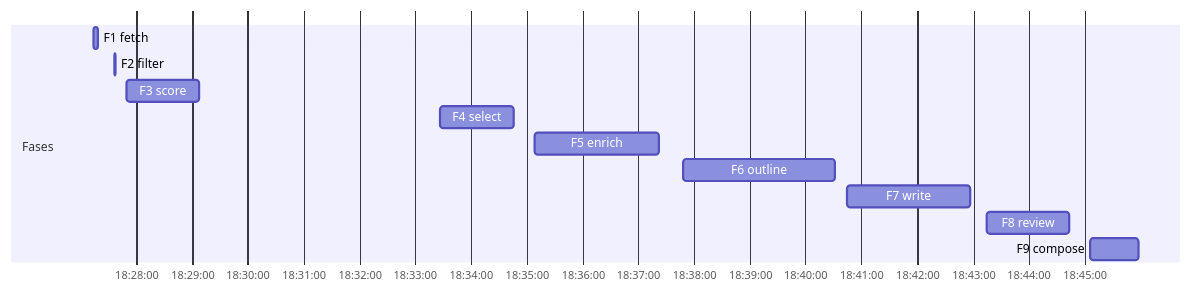
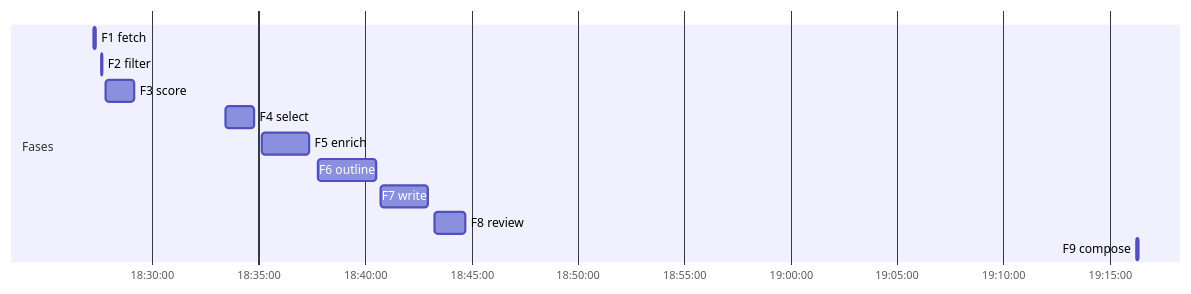
The third of 3 diagrams in editions/2026-07-29/report.md (Paumen/Zonzijde), drawn with Mermaid before and after one commit. The commit also changed other lines of this file and 7 other files, not shown here.

````diff
--- a/editions/2026-07-29/report.md
+++ b/editions/2026-07-29/report.md
@@ -113,15 +113,15 @@
 ```mermaid
 gantt
     dateFormat YYYY-MM-DD HH:mm:ss
     axisFormat %H:%M:%S
     section Fases
     F1 fetch :2026-07-28 18:27:14, 5s
     F2 filter :2026-07-28 18:27:37, 1s
     F3 score :2026-07-28 18:27:49, 79s
     F4 select :2026-07-28 18:33:27, 79s
     F5 enrich :2026-07-28 18:35:08, 134s
     F6 outline :2026-07-28 18:37:48, 164s
     F7 write :2026-07-28 18:40:45, 132s
     F8 review :2026-07-28 18:43:15, 88s
-    F9 compose :2026-07-28 18:45:06, 52s
+    F9 compose :2026-07-28 19:16:17, 5s
 ```
````
